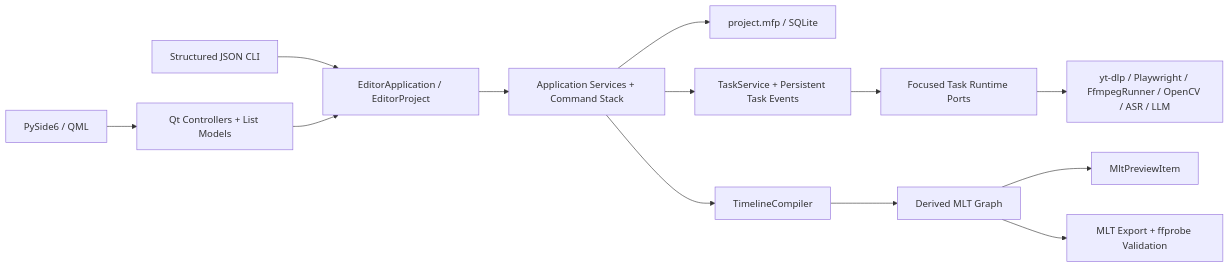
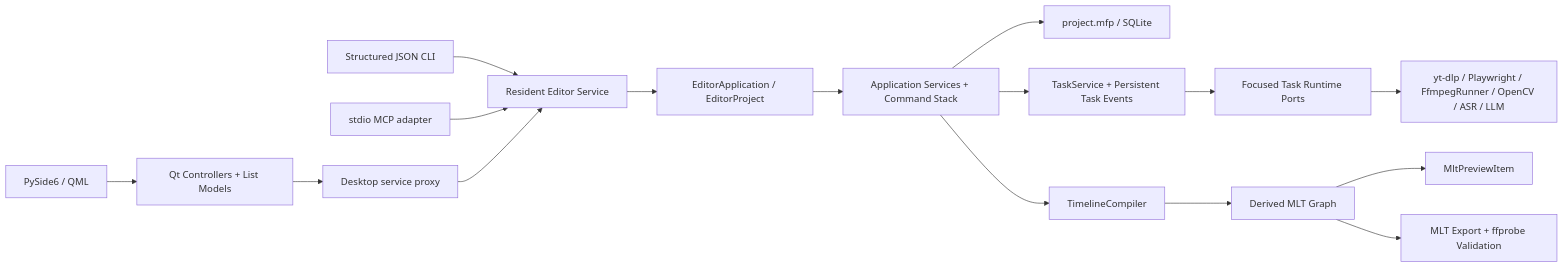
The diagram in ARCHITECTURE.md (CheshireMew/MediaFlow-Pro), drawn with Mermaid before and after one commit. The commit also changed other lines of this file and 236 other files, not shown here.

````diff
--- a/ARCHITECTURE.md
+++ b/ARCHITECTURE.md
@@ -13,15 +13,18 @@
 ```mermaid
 flowchart LR
     QML["PySide6 / QML"] --> CTRL["Qt Controllers + List Models"]
-    CLI["Structured JSON CLI"] --> API["EditorApplication / EditorProject"]
-    CTRL --> API
+    CTRL --> DESKTOP["Desktop service proxy"]
+    CLI["Structured JSON CLI"] --> SERVICE["Resident Editor Service"]
+    MCP["stdio MCP adapter"] --> SERVICE
+    DESKTOP --> SERVICE
+    SERVICE --> API["EditorApplication / EditorProject"]
     API --> APP["Application Services + Command Stack"]
     APP --> DB["project.mfp / SQLite"]
     APP --> TASK["TaskService + Persistent Task Events"]
     TASK --> PORT["Focused Task Runtime Ports"]
     PORT --> IO["yt-dlp / Playwright / FfmpegRunner / OpenCV / ASR / LLM"]
     APP --> COMPILER["TimelineCompiler"]
     COMPILER --> XML["Derived MLT Graph"]
     XML --> PREVIEW["MltPreviewItem"]
     XML --> EXPORT["MLT Export + ffprobe Validation"]
 ```
````
